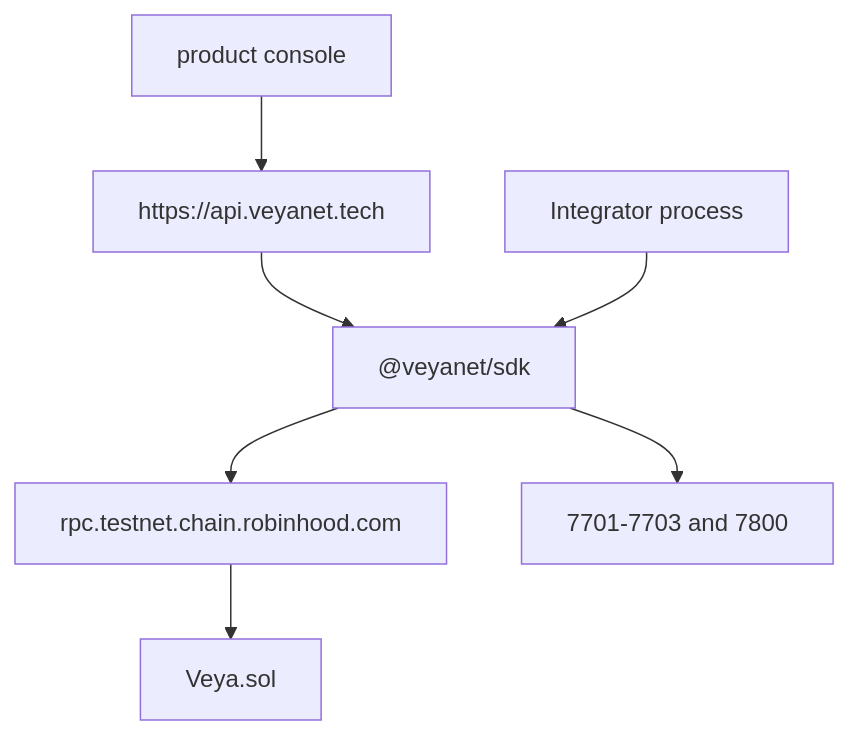
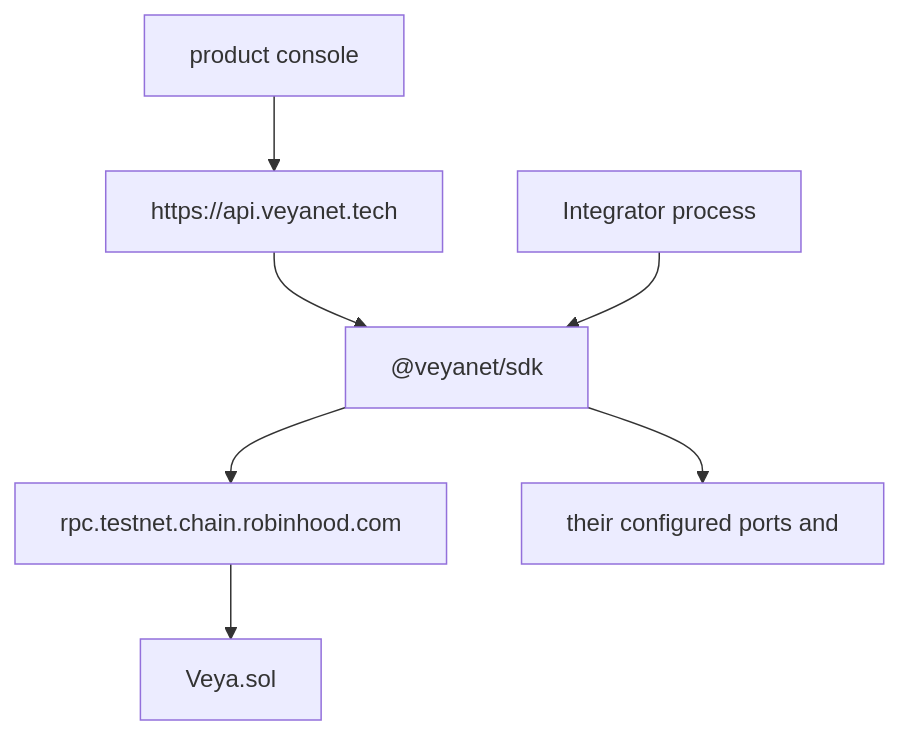
Diagram 11 of 13 in docs/ARCHITECTURE.md (veyanet/veya-sdk), drawn with Mermaid before and after one commit. The commit also changed other lines of this file, not shown here.

Commit message:
docs: describe mainnet default in architecture notes

````diff
--- a/docs/ARCHITECTURE.md
+++ b/docs/ARCHITECTURE.md
@@ -744,9 +757,9 @@
 ```mermaid
 flowchart TB
     Dash["product console"] --> API["https://api.veyanet.tech"]
     API --> SDK["@veyanet/sdk"]
     Integrator["Integrator process"] --> SDK
     SDK --> RPC["rpc.testnet.chain.robinhood.com"]
-    SDK --> Nodes["7701-7703 and 7800"]
+    SDK --> Nodes["their configured ports and <sealed-port>"]
     RPC --> Contract["Veya.sol"]
 ```
````
